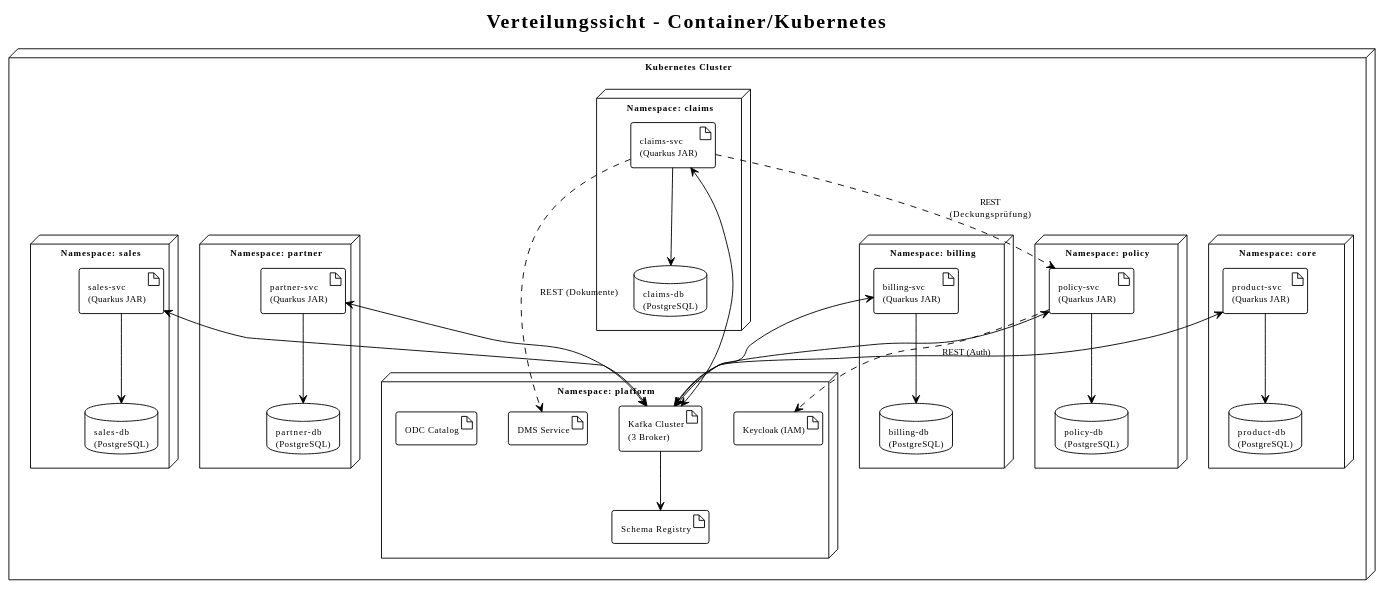
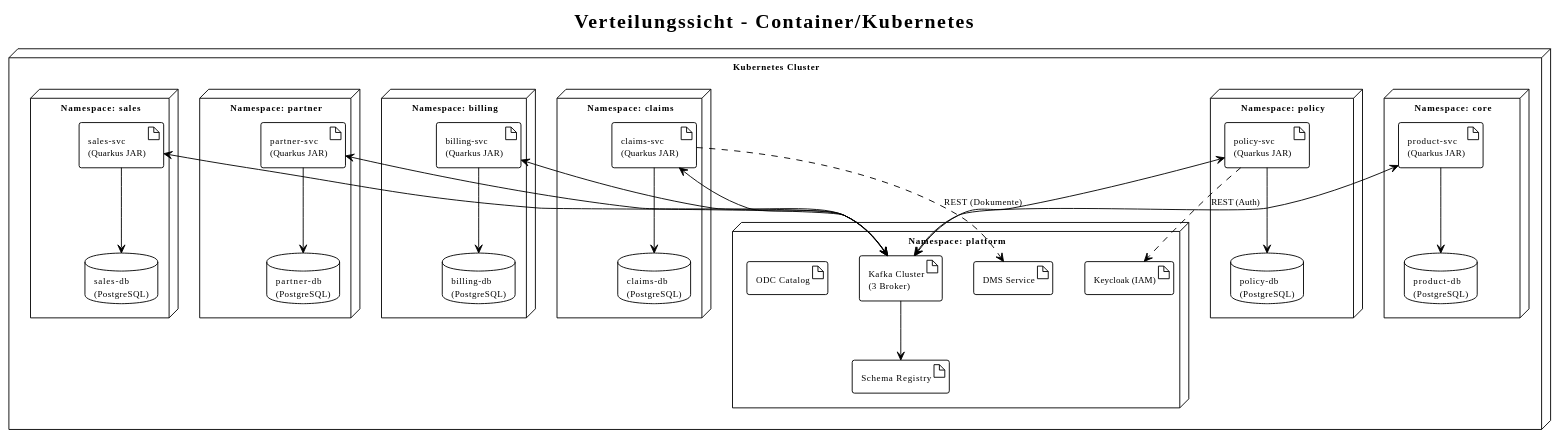
Before and after one commit to LukasW/datamesh: diagram 11 of 16 in specs/arc42.md, drawn with PlantUML. The commit also changed other lines of this file and 49 other files, not shown here.

````diff
--- a/specs/arc42.md
+++ b/specs/arc42.md
@@ -655,68 +676,67 @@
 ```plantuml
 @startuml deployment
 !theme plain
 skinparam defaultFontSize 10
 
 title Verteilungssicht – Container/Kubernetes
 
 node "Kubernetes Cluster" {
 
   node "Namespace: core" {
     artifact "product-svc\n(Quarkus JAR)" as PROD_SVC
     database "product-db\n(PostgreSQL)" as PROD_DB
     PROD_SVC --> PROD_DB
   }
 
   node "Namespace: policy" {
     artifact "policy-svc\n(Quarkus JAR)" as POL_SVC
     database "policy-db\n(PostgreSQL)" as POL_DB
     POL_SVC --> POL_DB
   }
 
   node "Namespace: claims" {
     artifact "claims-svc\n(Quarkus JAR)" as CLM_SVC
     database "claims-db\n(PostgreSQL)" as CLM_DB
     CLM_SVC --> CLM_DB
   }
 
   node "Namespace: billing" {
     artifact "billing-svc\n(Quarkus JAR)" as BIL_SVC
     database "billing-db\n(PostgreSQL)" as BIL_DB
     BIL_SVC --> BIL_DB
   }
 
   node "Namespace: partner" {
     artifact "partner-svc\n(Quarkus JAR)" as PCM_SVC
     database "partner-db\n(PostgreSQL)" as PCM_DB
     PCM_SVC --> PCM_DB
   }
 
   node "Namespace: sales" {
     artifact "sales-svc\n(Quarkus JAR)" as SAL_SVC
     database "sales-db\n(PostgreSQL)" as SAL_DB
     SAL_SVC --> SAL_DB
   }
 
   node "Namespace: platform" {
     artifact "Kafka Cluster\n(3 Broker)" as KAFKA
     artifact "Schema Registry" as SR
     artifact "Keycloak (IAM)" as IAM
     artifact "DMS Service" as DMS
     artifact "ODC Catalog" as ODC
     KAFKA --> SR
   }
 }
 
 POL_SVC <--> KAFKA
 CLM_SVC <--> KAFKA
 BIL_SVC <--> KAFKA
 PROD_SVC <--> KAFKA
 PCM_SVC <--> KAFKA
 SAL_SVC <--> KAFKA
 
-CLM_SVC ..> POL_SVC : REST\n(Deckungsprüfung)
 POL_SVC ..> IAM : REST (Auth)
 CLM_SVC ..> DMS : REST (Dokumente)
 
 @enduml
 ```
````
